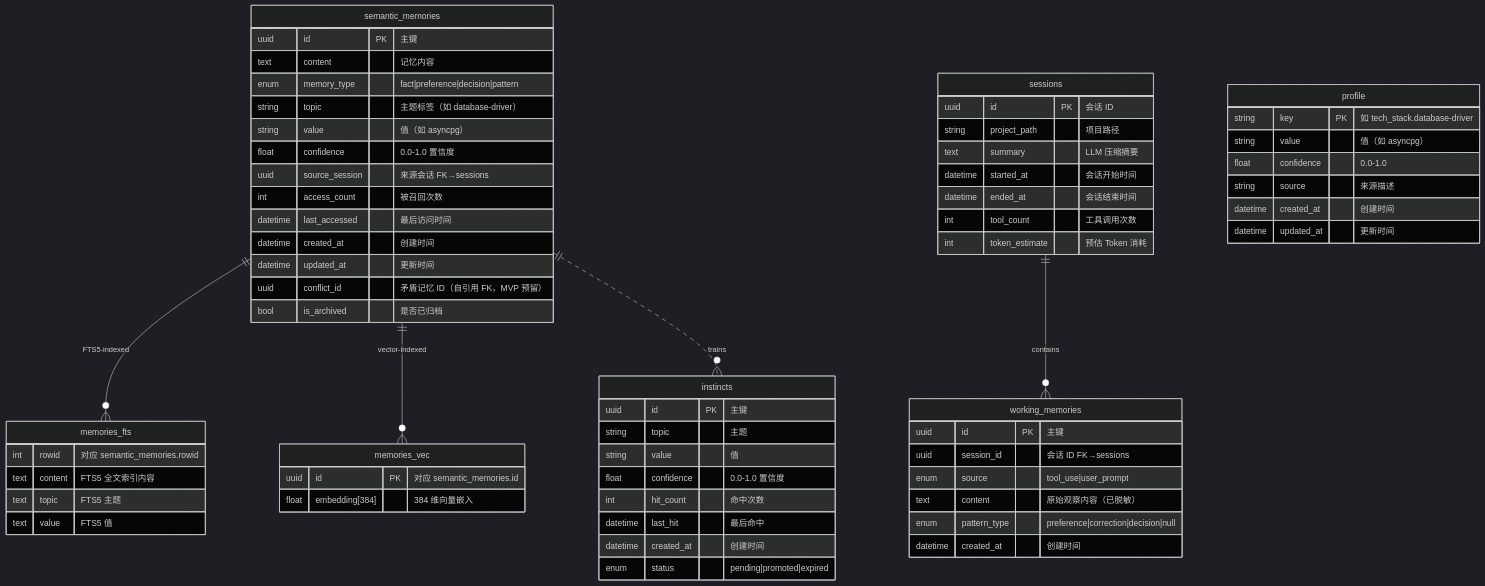
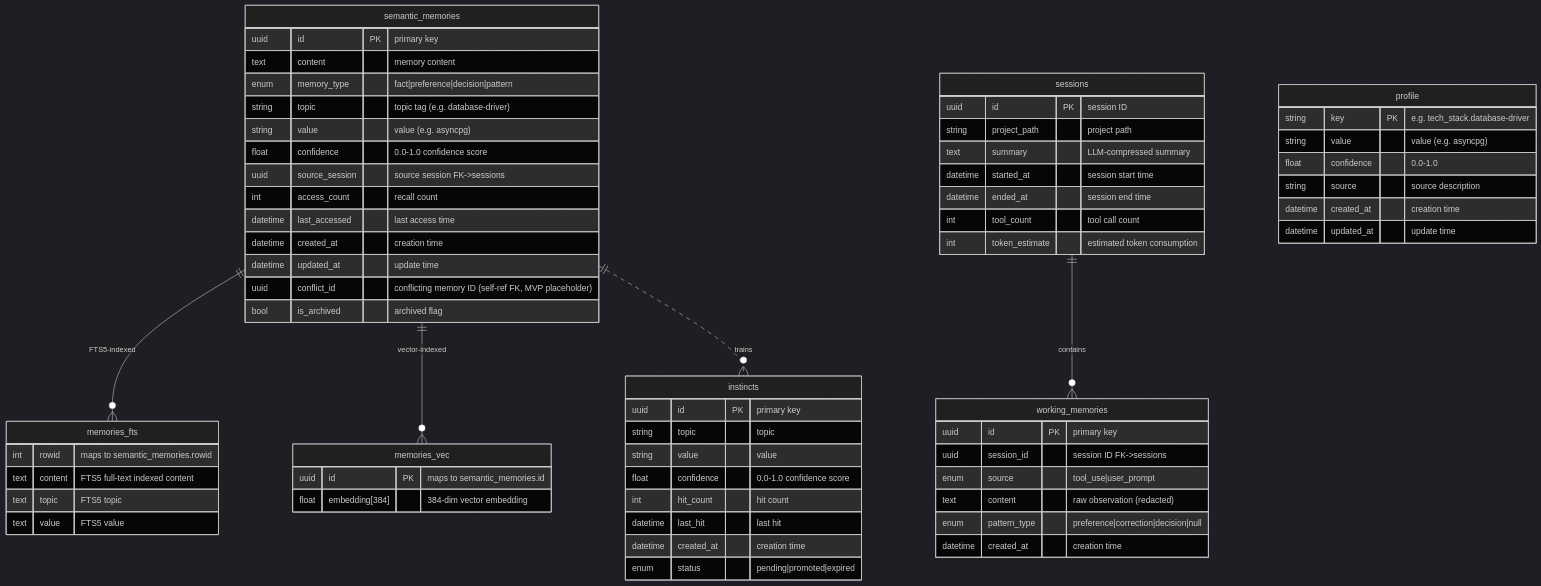
One commit to Lucas-lgm/clio changed the first of 10 diagrams in docs/architecture.md. Above: the diagram before and after it, drawn with Mermaid (dark theme). The commit also changed other lines of this file and 13 other files, not shown here.

First line of the commit message:
feat: complete memory system with logger, English docs, and vector embeddings

````diff
--- a/docs/architecture.md
+++ b/docs/architecture.md
@@ -10,75 +10,75 @@
 ```mermaid
 erDiagram
     semantic_memories ||--o{ memories_fts : "FTS5-indexed"
     semantic_memories ||--o{ memories_vec : "vector-indexed"
     semantic_memories ||..o{ instincts : "trains"
 
     sessions ||--o{ working_memories : "contains"
 
     semantic_memories {
-        uuid id PK "主键"
-        text content "记忆内容"
+        uuid id PK "primary key"
+        text content "memory content"
         enum memory_type "fact|preference|decision|pattern"
-        string topic "主题标签（如 database-driver）"
-        string value "值（如 asyncpg）"
-        float confidence "0.0-1.0 置信度"
-        uuid source_session "来源会话 FK→sessions"
-        int access_count "被召回次数"
-        datetime last_accessed "最后访问时间"
-        datetime created_at "创建时间"
-        datetime updated_at "更新时间"
-        uuid conflict_id "矛盾记忆 ID（自引用 FK，MVP 预留）"
-        bool is_archived "是否已归档"
+        string topic "topic tag (e.g. database-driver)"
+        string value "value (e.g. asyncpg)"
+        float confidence "0.0-1.0 confidence score"
+        uuid source_session "source session FK->sessions"
+        int access_count "recall count"
+        datetime last_accessed "last access time"
+        datetime created_at "creation time"
+        datetime updated_at "update time"
+        uuid conflict_id "conflicting memory ID (self-ref FK, MVP placeholder)"
+        bool is_archived "archived flag"
     }
 
     memories_fts {
-        int rowid "对应 semantic_memories.rowid"
-        text content "FTS5 全文索引内容"
-        text topic "FTS5 主题"
-        text value "FTS5 值"
+        int rowid "maps to semantic_memories.rowid"
+        text content "FTS5 full-text indexed content"
+        text topic "FTS5 topic"
+        text value "FTS5 value"
     }
 
     memories_vec {
-        uuid id PK "对应 semantic_memories.id"
-        float embedding[384] "384 维向量嵌入"
+        uuid id PK "maps to semantic_memories.id"
+        float embedding[384] "384-dim vector embedding"
     }
 
     working_memories {
-        uuid id PK "主键"
-        uuid session_id "会话 ID FK→sessions"
+        uuid id PK "primary key"
+        uuid session_id "session ID FK->sessions"
         enum source "tool_use|user_prompt"
-        text content "原始观察内容（已脱敏）"
+        text content "raw observation (redacted)"
         enum pattern_type "preference|correction|decision|null"
-        datetime created_at "创建时间"
+        datetime created_at "creation time"
     }
 
     instincts {
-        uuid id PK "主键"
-        string topic "主题"
-        string value "值"
-        float confidence "0.0-1.0 置信度"
-        int hit_count "命中次数"
-        datetime last_hit "最后命中"
-        datetime created_at "创建时间"
+        uuid id PK "primary key"
+        string topic "topic"
+        string value "value"
+        float confidence "0.0-1.0 confidence score"
+        int hit_count "hit count"
+        datetime last_hit "last hit"
+        datetime created_at "creation time"
         enum status "pending|promoted|expired"
     }
 
     sessions {
-        uuid id PK "会话 ID"
-        string project_path "项目路径"
-        text summary "LLM 压缩摘要"
-        datetime started_at "会话开始时间"
-        datetime ended_at "会话结束时间"
-        int tool_count "工具调用次数"
-        int token_estimate "预估 Token 消耗"
+        uuid id PK "session ID"
+        string project_path "project path"
+        text summary "LLM-compressed summary"
+        datetime started_at "session start time"
+        datetime ended_at "session end time"
+        int tool_count "tool call count"
+        int token_estimate "estimated token consumption"
     }
 
     profile {
-        string key PK "如 tech_stack.database-driver"
-        string value "值（如 asyncpg）"
+        string key PK "e.g. tech_stack.database-driver"
+        string value "value (e.g. asyncpg)"
         float confidence "0.0-1.0"
-        string source "来源描述"
-        datetime created_at "创建时间"
-        datetime updated_at "更新时间"
+        string source "source description"
+        datetime created_at "creation time"
+        datetime updated_at "update time"
     }
 ```
````
